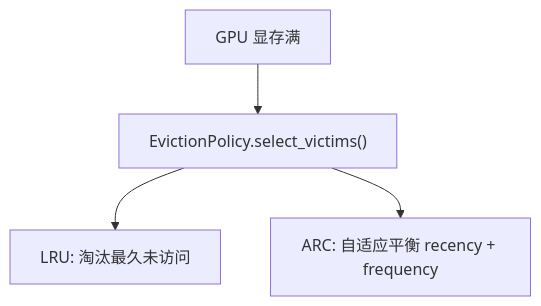
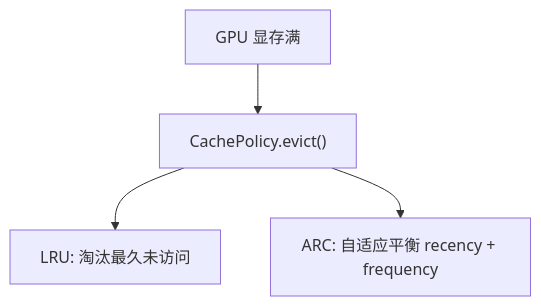
One commit to keyuanweb/ai-learning-path changed the second of 2 diagrams in vllm-learning-path/10-推理增强特性/05-KV卸载扩展.md. Above: the diagram before and after it, drawn with Mermaid. The commit also changed other lines of this file and 176 other files, not shown here.

First line of the commit message:
docs: 全仓库文档校对修复——错别字/失效链接/Mermaid图/源码引用

````diff
--- a/vllm-learning-path/10-推理增强特性/05-KV卸载扩展.md
+++ b/vllm-learning-path/10-推理增强特性/05-KV卸载扩展.md
@@ -84,11 +84,11 @@
 ```mermaid
 flowchart TD
   full["GPU 显存满"]
-  select["EvictionPolicy.select_victims()"]
+  select["CachePolicy.evict()"]
   lru["LRU: 淘汰最久未访问"]
   arc["ARC: 自适应平衡 recency + frequency"]
   
   full --> select
   select --> lru
   select --> arc
 ```
````
